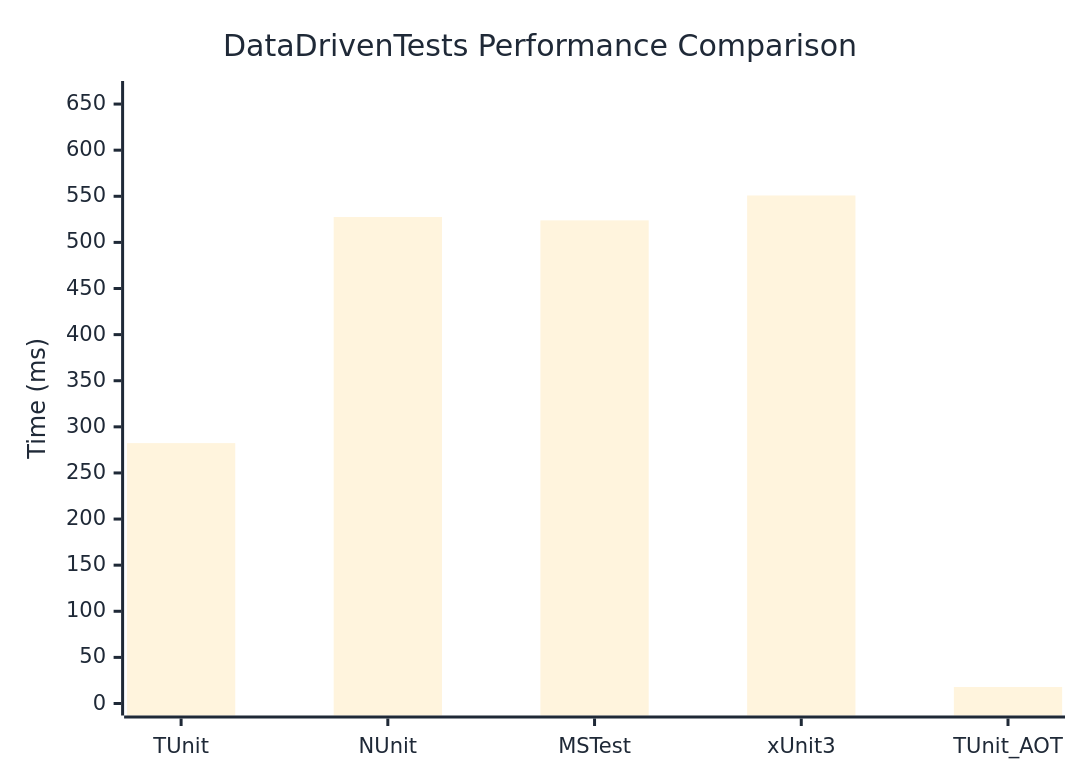
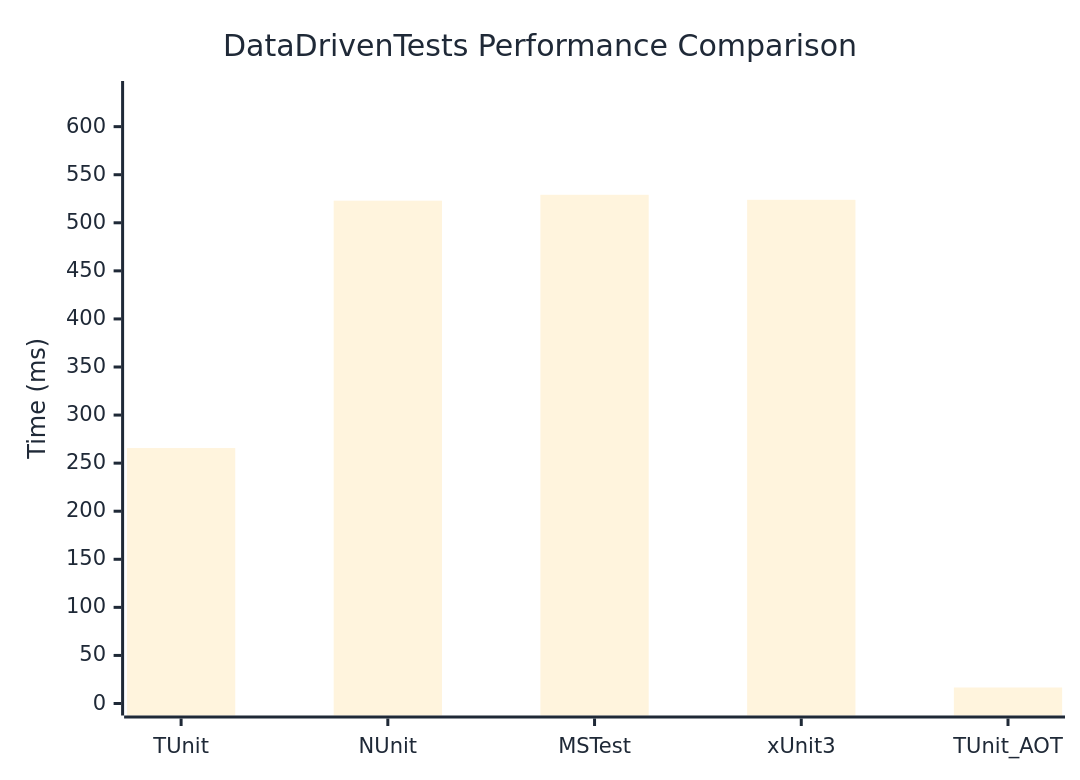
One commit to thomhurst/TUnit changed the diagram in docs/docs/benchmarks/engine/DataDrivenTests.md. Above: the diagram before and after it, drawn with Mermaid. The commit also changed other lines of this file and 17 other files, not shown here.

````diff
--- a/docs/docs/benchmarks/engine/DataDrivenTests.md
+++ b/docs/docs/benchmarks/engine/DataDrivenTests.md
@@ -29,37 +29,37 @@
 ```mermaid
 %%{init: {
   'theme':'base',
   'themeVariables': {
     'primaryColor': '#2563eb',
     'primaryTextColor': '#1f2937',
     'primaryBorderColor': '#1e40af',
     'lineColor': '#6b7280',
     'secondaryColor': '#7c3aed',
     'tertiaryColor': '#dc2626',
     'background': '#ffffff',
     'mainBkg': '#2563eb',
     'secondBkg': '#7c3aed',
     'tertiaryBkg': '#dc2626',
     'clusterBkg': '#f3f4f6',
     'edgeLabelBackground': '#ffffff',
     'tertiaryTextColor': '#1f2937',
     'pie1': '#2563eb',
     'pie2': '#7c3aed',
     'pie3': '#dc2626',
     'pie4': '#f59e0b',
     'pie5': '#10b981',
     'pie6': '#06b6d4',
     'pie7': '#ec4899',
     'pie8': '#6366f1',
     'pie9': '#84cc16',
     'pie10': '#f97316',
     'pie11': '#14b8a6',
     'pie12': '#a855f7'
   }
 }}%%
 xychart-beta
   title "DataDrivenTests Performance Comparison"
   x-axis ["TUnit", "NUnit", "MSTest", "xUnit3", "TUnit_AOT"]
-  y-axis "Time (ms)" 0 --> 662
-  bar [282.35, 527.53, 523.88, 550.88, 17.9]
+  y-axis "Time (ms)" 0 --> 635
+  bar [265.7, 523.01, 529.13, 523.9, 16.65]
 ```
````
